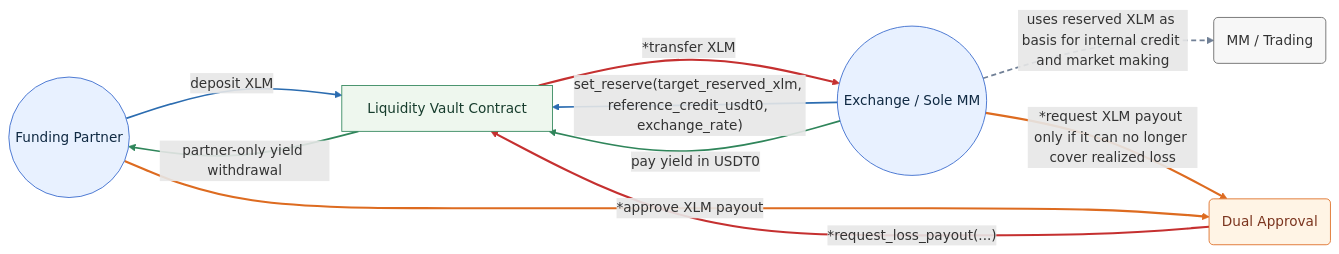
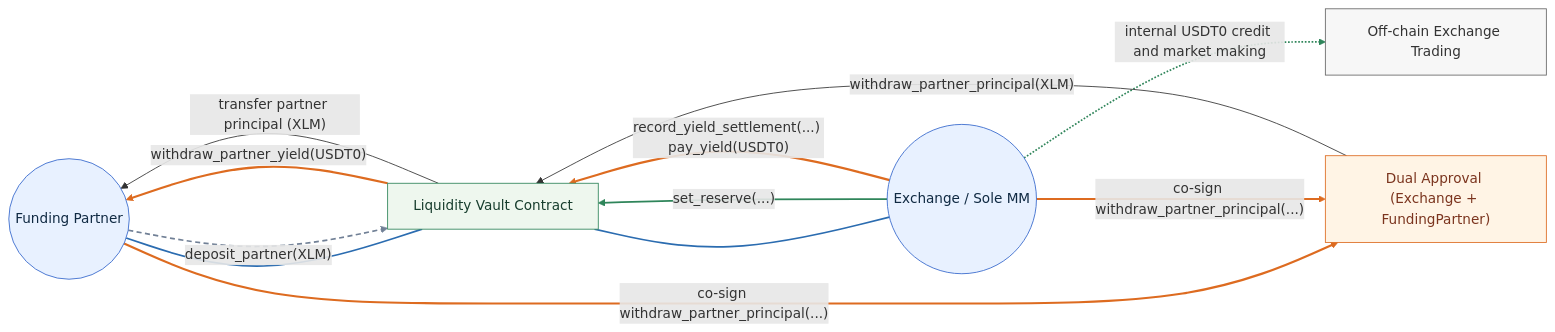
The diagram in liquidity_vault_managed_ver_design.md (rails-xyz/soroban-rollup-contract), drawn with Mermaid before and after one commit. The commit also changed other lines of this file, not shown here.

Commit message:
Remove mentions of trading loss reimbursement

````diff
--- a/liquidity_vault_managed_ver_design.md
+++ b/liquidity_vault_managed_ver_design.md
@@ -85,33 +78,41 @@
 ```mermaid
 flowchart LR
-    Partner(("Funding Partner")) -->|"deposit XLM"| Vault["Liquidity Vault Contract"]
-    Exchange(("Exchange / Sole MM")) -->|"set_reserve(target_reserved_xlm, reference_credit_usdt0, exchange_rate)"| Vault
-    Exchange -->|"pay yield in USDT0"| Vault
-    Exchange -.->|"uses reserved XLM as basis for internal credit and market making"| ExchangeFlow("MM / Trading")
-    Vault -->|"partner-only yield withdrawal"| Partner
+    Partner(("Funding Partner"))
+    Vault["Liquidity Vault Contract"]
+    Exchange(("Exchange / Sole MM"))
+    Ops["Off-chain Exchange Trading"]
+    Approval["Dual Approval (Exchange + FundingPartner)"]
 
-    Exchange -->|"*request XLM payout only if it can no longer cover realized loss"| Approval("Dual Approval")
-    Partner -->|"*approve XLM payout"| Approval
-    Approval -->|"*request_loss_payout(...)"| Vault
-    Vault -->|"*transfer XLM"| Exchange
+    Partner ~~~ Vault
+    Vault ~~~ Exchange
+
+    Partner -->|"deposit_partner(XLM)"| Vault
+    Exchange -->|"set_reserve(...)"| Vault
+    Exchange -.->|"internal USDT0 credit and market making"| Ops
+    Exchange -->|"record_yield_settlement(...) pay_yield(USDT0)"| Vault
+    Vault -->|"withdraw_partner_yield(USDT0)"| Partner
+    Partner -->|"co-sign withdraw_partner_principal(...)"| Approval
+    Exchange -->|"co-sign withdraw_partner_principal(...)"| Approval
+    Approval -->|"withdraw_partner_principal(XLM)"| Vault
+    Vault -->|"transfer partner principal (XLM)"| Partner
 
     classDef party fill:#e8f1ff,stroke:#3366cc,color:#102a43;
     classDef vault fill:#eef7ee,stroke:#2f855a,color:#173d2d;
     classDef offchain fill:#f7f7f7,stroke:#666,color:#333;
     classDef approval fill:#fff4e5,stroke:#dd6b20,color:#7b341e;
 
     class Partner,Exchange party;
     class Vault vault;
-    class ExchangeFlow offchain;
+    class Ops offchain;
     class Approval approval;
 
     linkStyle 0 stroke:#2b6cb0,stroke-width:2px;
     linkStyle 1 stroke:#2b6cb0,stroke-width:2px;
-    linkStyle 2 stroke:#2f855a,stroke-width:2px;
-    linkStyle 3 stroke:#718096,stroke-width:2px,stroke-dasharray: 6 4;
+    linkStyle 2 stroke:#718096,stroke-width:2px,stroke-dasharray: 6 4;
+    linkStyle 3 stroke:#2f855a,stroke-width:2px;
     linkStyle 4 stroke:#2f855a,stroke-width:2px;
     linkStyle 5 stroke:#dd6b20,stroke-width:2.5px;
     linkStyle 6 stroke:#dd6b20,stroke-width:2.5px;
-    linkStyle 7 stroke:#c53030,stroke-width:2.5px;
-    linkStyle 8 stroke:#c53030,stroke-width:2.5px;
+    linkStyle 7 stroke:#dd6b20,stroke-width:2.5px;
+    linkStyle 8 stroke:#dd6b20,stroke-width:2.5px;
 ```
````
